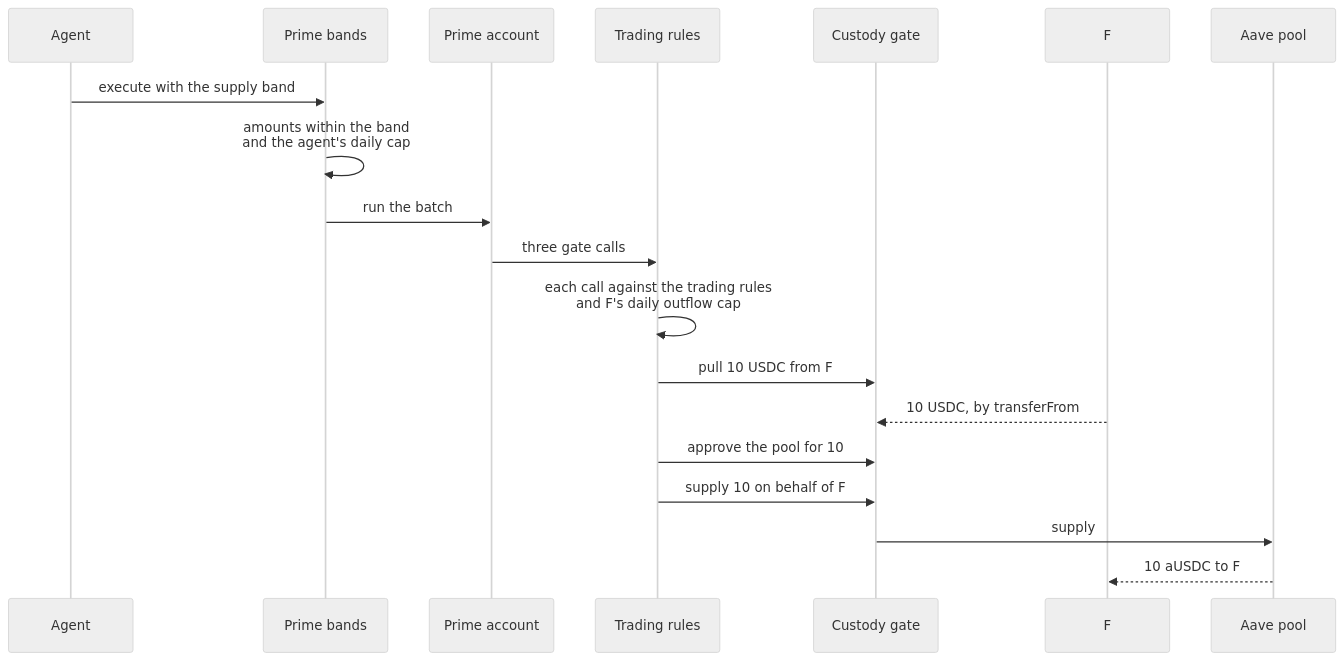
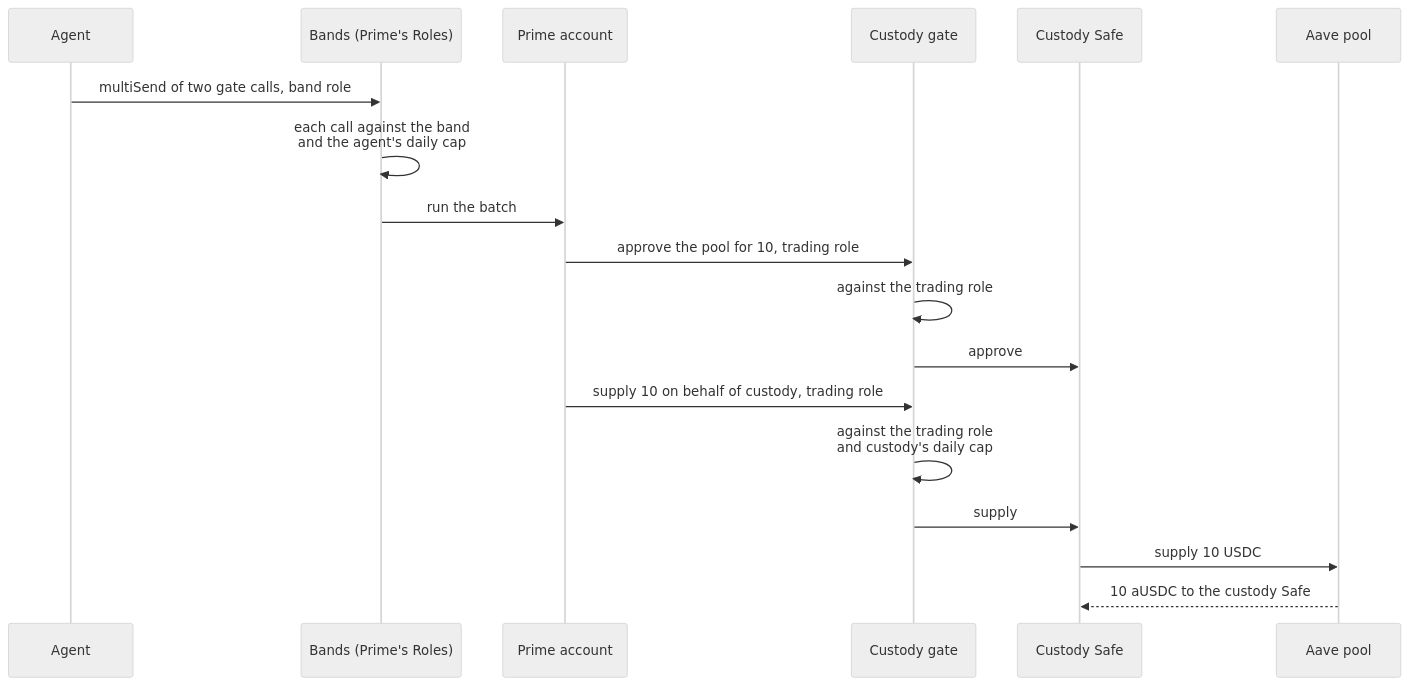
Before and after one commit to untangledfinance/oz-policy-builder: the second of 2 diagrams in docs/evm.md, drawn with Mermaid (neutral theme). The commit also changed other lines of this file and 9 other files, not shown here.

First line of the commit message:
docs(evm): Prime on EVM as configuration on Safe and Zodiac Roles

````diff
--- a/docs/evm.md
+++ b/docs/evm.md
@@ -190,21 +260,20 @@
 ```mermaid
 sequenceDiagram
     participant AG as Agent
-    participant PB as Prime bands
+    participant PB as Bands (Prime's Roles)
     participant PR as Prime account
-    participant TR as Trading rules
     participant GA as Custody gate
-    participant F as F
+    participant CS as Custody Safe
     participant PO as Aave pool
-    AG->>PB: execute with the supply band
-    PB->>PB: amounts within the band<br/>and the agent's daily cap
+    AG->>PB: multiSend of two gate calls, band role
+    PB->>PB: each call against the band<br/>and the agent's daily cap
     PB->>PR: run the batch
-    PR->>TR: three gate calls
-    TR->>TR: each call against the trading rules<br/>and F's daily outflow cap
-    TR->>GA: pull 10 USDC from F
-    F-->>GA: 10 USDC, by transferFrom
-    TR->>GA: approve the pool for 10
-    TR->>GA: supply 10 on behalf of F
-    GA->>PO: supply
-    PO-->>F: 10 aUSDC to F
+    PR->>GA: approve the pool for 10, trading role
+    GA->>GA: against the trading role
+    GA->>CS: approve
+    PR->>GA: supply 10 on behalf of custody, trading role
+    GA->>GA: against the trading role<br/>and custody's daily cap
+    GA->>CS: supply
+    CS->>PO: supply 10 USDC
+    PO-->>CS: 10 aUSDC to the custody Safe
 ```
````
